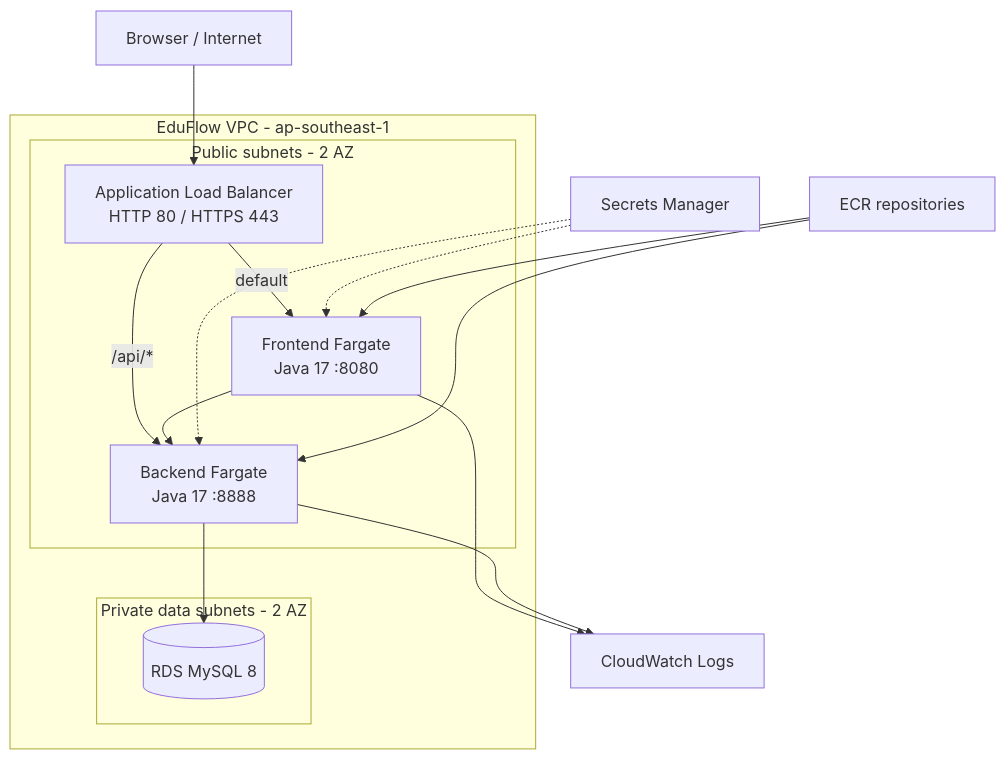
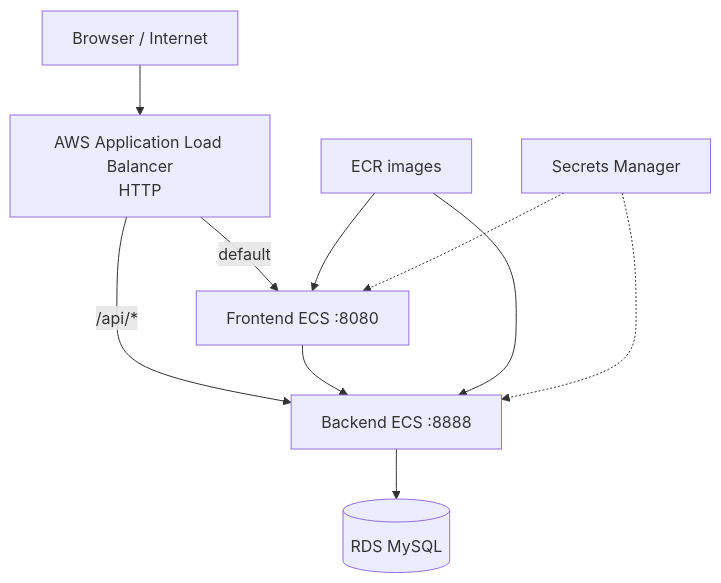
Before and after one commit to L1nkinPark/EduFlowPlatform: the diagram in content/5-Workshop/5.1-Workshop-overview/_index.en.md, drawn with Mermaid. The commit also changed other lines of this file and 39 other files, not shown here.

````diff
--- a/content/5-Workshop/5.1-Workshop-overview/_index.en.md
+++ b/content/5-Workshop/5.1-Workshop-overview/_index.en.md
@@ -25,24 +16,12 @@
 ```mermaid
 flowchart TB
-    Internet["Browser / Internet"] --> ALB["Application Load Balancer\nHTTP 80 / HTTPS 443"]
-    subgraph VPC["EduFlow VPC - ap-southeast-1"]
-      subgraph Public["Public subnets - 2 AZ"]
-        ALB
-        FE["Frontend Fargate\nJava 17 :8080"]
-        BE["Backend Fargate\nJava 17 :8888"]
-      end
-      subgraph PrivateData["Private data subnets - 2 AZ"]
-        DB[("RDS MySQL 8")]
-      end
-      ALB -->|"default"| FE
-      ALB -->|"/api/*"| BE
-      FE --> BE
-      BE --> DB
-    end
+    Internet["Browser / Internet"] --> ALB["AWS Application Load Balancer\nHTTP"]
+    ALB -->|"default"| FE["Frontend ECS :8080"]
+    ALB -->|"/api/*"| BE["Backend ECS :8888"]
+    FE --> BE
+    BE --> DB[("RDS MySQL")]
+    ECR["ECR images"] --> FE
+    ECR --> BE
     SM["Secrets Manager"] -.-> FE
     SM -.-> BE
-    ECR["ECR repositories"] --> FE
-    ECR --> BE
-    FE --> CW["CloudWatch Logs"]
-    BE --> CW
 ```
````
